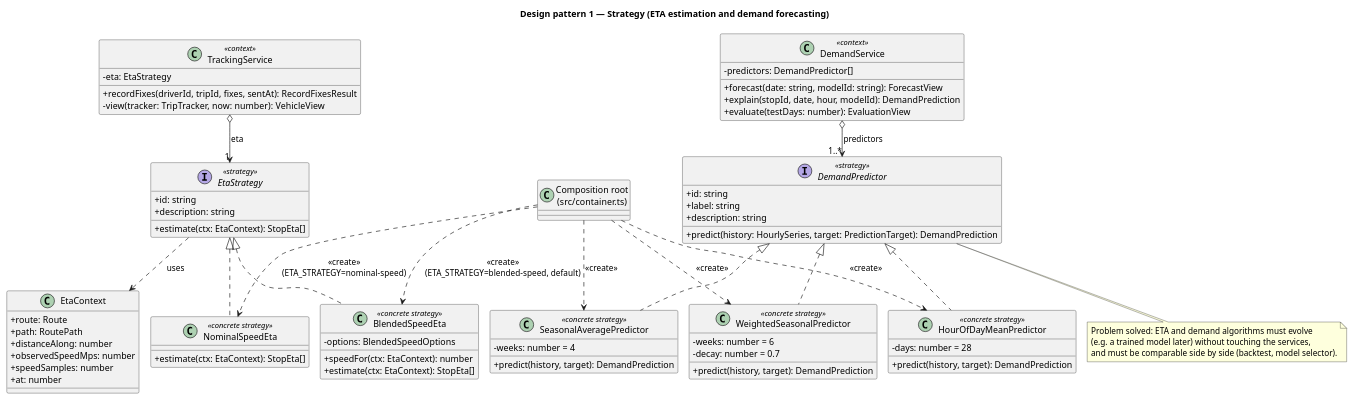
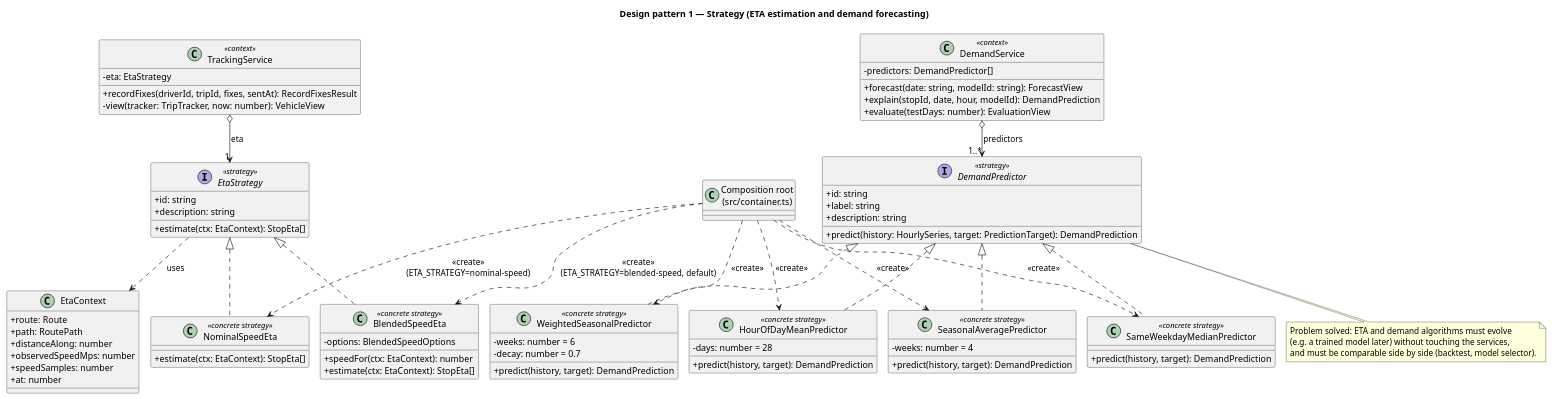
The diagram in docs/uml/12-pattern-strategy.puml (abdullahshammari796-ctrl/CampusShuttle), drawn with PlantUML before and after one commit. The commit also changed 13 other files, not shown here.

Commit message:
feat(demand): add same-weekday median predictor (AI-assisted)

```diff
--- a/docs/uml/12-pattern-strategy.puml
+++ b/docs/uml/12-pattern-strategy.puml
@@ -1,83 +1,88 @@
 @startuml 12-pattern-strategy
 !pragma layout smetana
 skinparam shadowing false
 skinparam defaultFontName Arial
 skinparam classAttributeIconSize 0
 title Design pattern 1 — Strategy (ETA estimation and demand forecasting)
 
 class TrackingService <<context>> {
   -eta: EtaStrategy
   +recordFixes(driverId, tripId, fixes, sentAt): RecordFixesResult
   -view(tracker: TripTracker, now: number): VehicleView
 }
 interface EtaStrategy <<strategy>> {
   +id: string
   +description: string
   +estimate(ctx: EtaContext): StopEta[]
 }
 class NominalSpeedEta <<concrete strategy>> {
   +estimate(ctx: EtaContext): StopEta[]
 }
 class BlendedSpeedEta <<concrete strategy>> {
   -options: BlendedSpeedOptions
   +speedFor(ctx: EtaContext): number
   +estimate(ctx: EtaContext): StopEta[]
 }
 class EtaContext {
   +route: Route
   +path: RoutePath
   +distanceAlong: number
   +observedSpeedMps: number
   +speedSamples: number
   +at: number
 }
 
 TrackingService o--> "1" EtaStrategy : eta
 EtaStrategy <|.. NominalSpeedEta
 EtaStrategy <|.. BlendedSpeedEta
 EtaStrategy ..> EtaContext : uses
 
 class DemandService <<context>> {
   -predictors: DemandPredictor[]
   +forecast(date: string, modelId: string): ForecastView
   +explain(stopId, date, hour, modelId): DemandPrediction
   +evaluate(testDays: number): EvaluationView
 }
 interface DemandPredictor <<strategy>> {
   +id: string
   +label: string
   +description: string
   +predict(history: HourlySeries, target: PredictionTarget): DemandPrediction
 }
 class SeasonalAveragePredictor <<concrete strategy>> {
   -weeks: number = 4
   +predict(history, target): DemandPrediction
 }
 class WeightedSeasonalPredictor <<concrete strategy>> {
   -weeks: number = 6
   -decay: number = 0.7
   +predict(history, target): DemandPrediction
 }
+class SameWeekdayMedianPredictor <<concrete strategy>> {
+  +predict(history, target): DemandPrediction
+}
 class HourOfDayMeanPredictor <<concrete strategy>> {
   -days: number = 28
   +predict(history, target): DemandPrediction
 }
 
 DemandService o--> "1..*" DemandPredictor : predictors
 DemandPredictor <|.. SeasonalAveragePredictor
 DemandPredictor <|.. WeightedSeasonalPredictor
+DemandPredictor <|.. SameWeekdayMedianPredictor
 DemandPredictor <|.. HourOfDayMeanPredictor
 
 class "Composition root\n(src/container.ts)" as Container
 Container ..> BlendedSpeedEta : <<create>>\n(ETA_STRATEGY=blended-speed, default)
 Container ..> NominalSpeedEta : <<create>>\n(ETA_STRATEGY=nominal-speed)
 Container ..> SeasonalAveragePredictor : <<create>>
 Container ..> WeightedSeasonalPredictor : <<create>>
+Container ..> SameWeekdayMedianPredictor : <<create>>
 Container ..> HourOfDayMeanPredictor : <<create>>
 
 note bottom of DemandPredictor
   Problem solved: ETA and demand algorithms must evolve
   (e.g. a trained model later) without touching the services,
   and must be comparable side by side (backtest, model selector).
 end note
 @enduml
```
